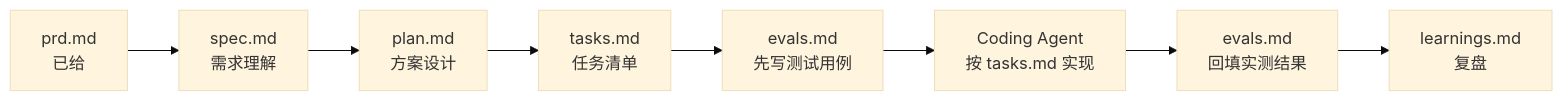
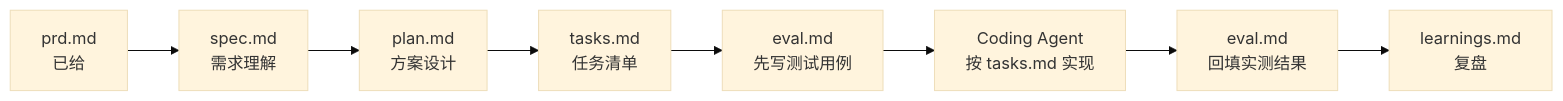
The diagram in README.md (xjtai/zszc_ai_coding), drawn with Mermaid (base theme) before and after one commit. The commit also changed other lines of this file and 7 other files, not shown here.

````diff
--- a/README.md
+++ b/README.md
@@ -9,10 +9,10 @@
 ```mermaid
 flowchart LR
     P[prd.md<br/>已给] --> S[spec.md<br/>需求理解]
     S --> PL[plan.md<br/>方案设计]
     PL --> T[tasks.md<br/>任务清单]
-    T --> EV1[evals.md<br/>先写测试用例]
+    T --> EV1[eval.md<br/>先写测试用例]
     EV1 --> C[Coding Agent<br/>按 tasks.md 实现]
-    C --> EV2[evals.md<br/>回填实测结果]
+    C --> EV2[eval.md<br/>回填实测结果]
     EV2 --> L[learnings.md<br/>复盘]
 ```
````
